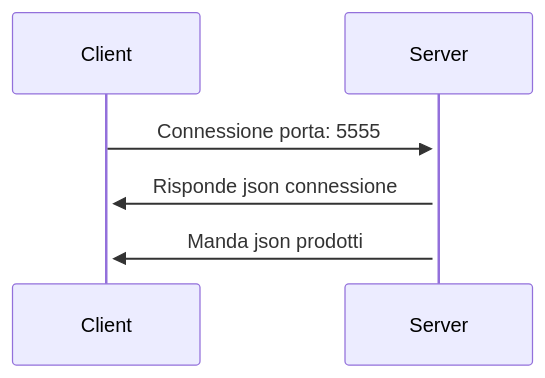
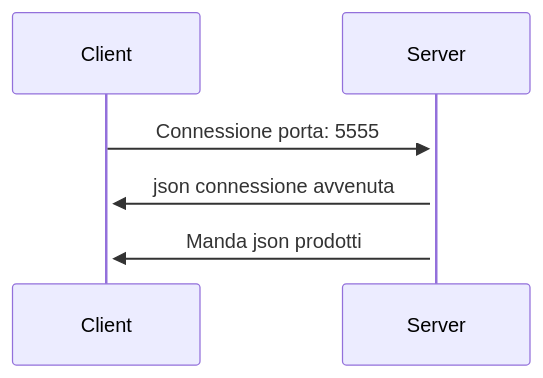
One commit to Luca-Ilari/Progetto-Reti-di-calcolatori changed the first of 2 diagrams in README.md. Above: the diagram before and after it, drawn with Mermaid.

````diff
--- a/README.md
+++ b/README.md
@@ -38,6 +38,6 @@
 ```mermaid
 sequenceDiagram
 Client->>+ Server: Connessione porta: 5555
-Server->>+ Client: Risponde json connessione
+Server->>+ Client: json connessione avvenuta
 Server->>+ Client: Manda json prodotti
 ```
````
